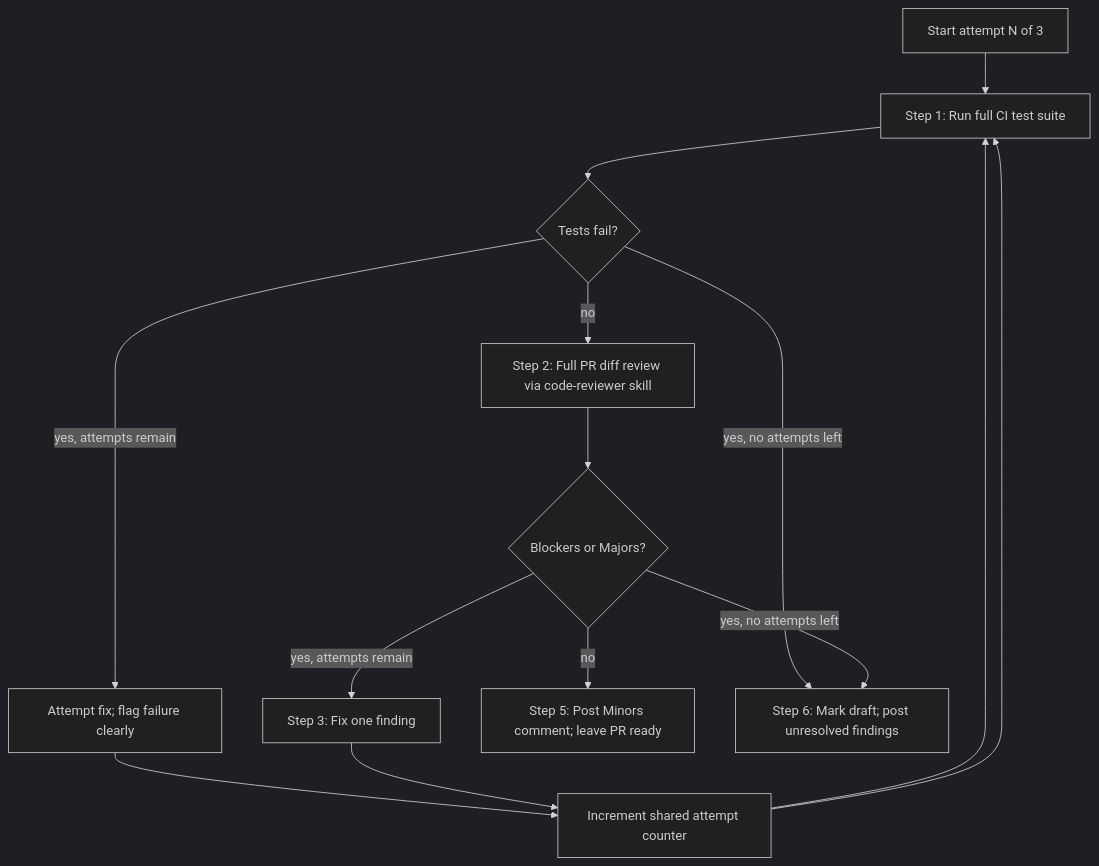
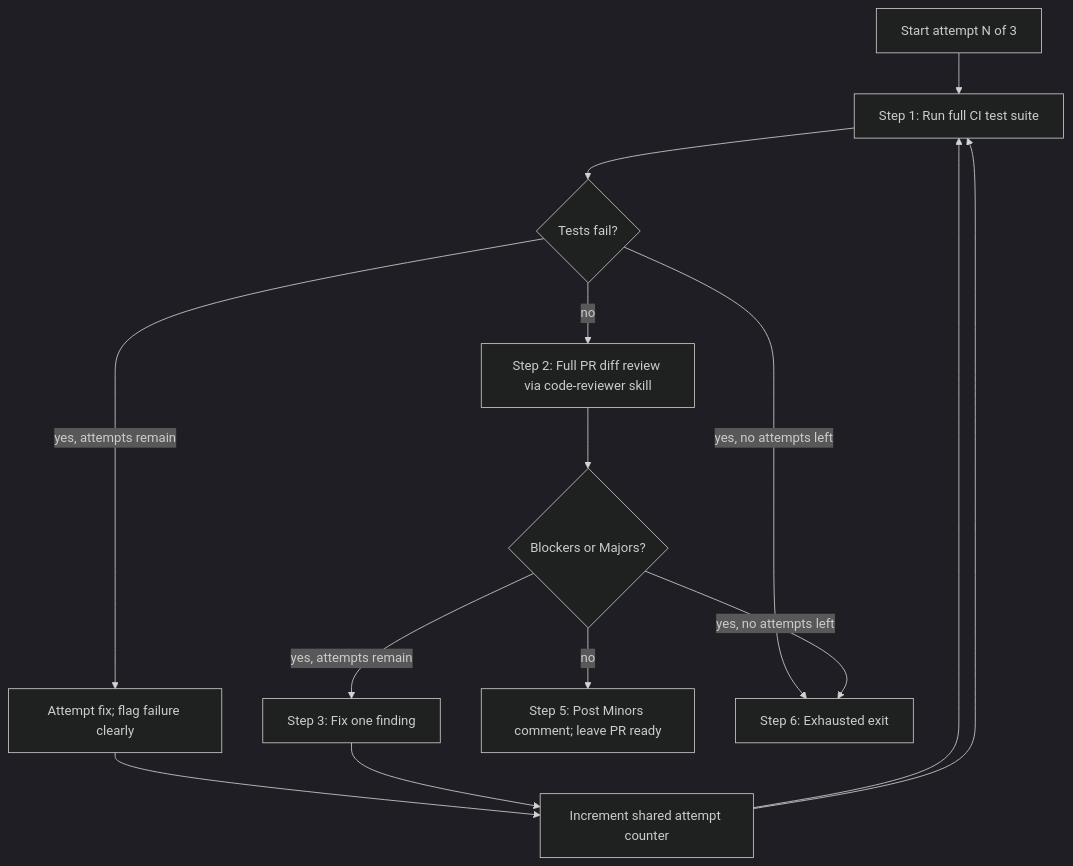
Before and after one commit to Collins1892/radar-practice: the second of 2 diagrams in docs/loop-pattern.md, drawn with Mermaid (dark theme). The commit also changed other lines of this file, not shown here.

````diff
--- a/docs/loop-pattern.md
+++ b/docs/loop-pattern.md
@@ -70,21 +70,21 @@
 ```mermaid
 flowchart TD
   start[Start attempt N of 3]
   runTests[Step 1: Run full CI test suite]
   testFail{Tests fail?}
   fixTest[Attempt fix; flag failure clearly]
   review[Step 2: Full PR diff review via code-reviewer skill]
   blockers{Blockers or Majors?}
   fixOne[Step 3: Fix one finding]
   incAttempt[Increment shared attempt counter]
   postMinors[Step 5: Post Minors comment; leave PR ready]
-  draftPR[Step 6: Mark draft; post unresolved findings]
+  draftPR[Step 6: Exhausted exit]
 
   start --> runTests --> testFail
   testFail -->|yes, attempts remain| fixTest --> incAttempt --> runTests
   testFail -->|yes, no attempts left| draftPR
   testFail -->|no| review --> blockers
   blockers -->|yes, attempts remain| fixOne --> incAttempt --> runTests
   blockers -->|no| postMinors
   blockers -->|yes, no attempts left| draftPR
 ```
````
